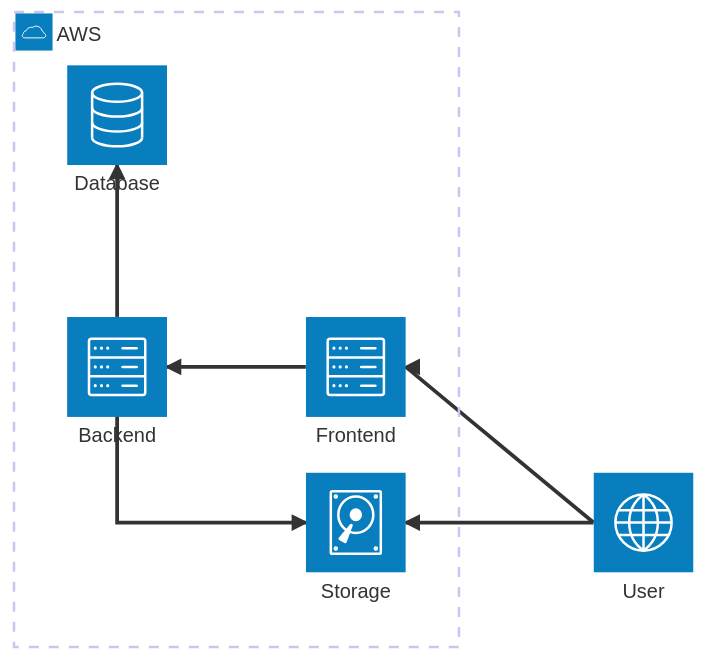
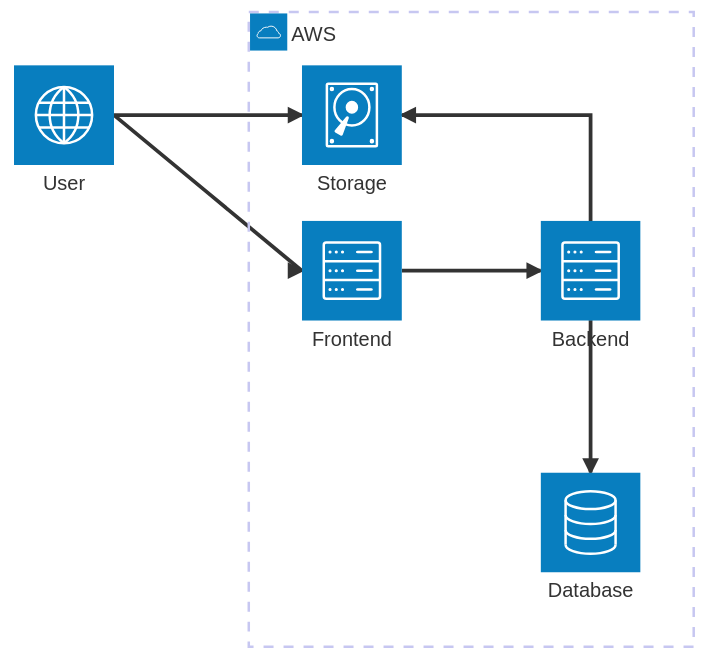
One commit to danielwohlgemuth/free-genai-bootcamp-2025 changed the diagram in aws/proof-of-concept/mermaid-architecture.md. Above: the diagram before and after it, drawn with Mermaid.

Commit message:
Fix mermaid layout

````diff
--- a/aws/proof-of-concept/mermaid-architecture.md
+++ b/aws/proof-of-concept/mermaid-architecture.md
@@ -2,16 +2,16 @@
 ```mermaid
 architecture-beta
     group aws(cloud)[AWS]
 
     service web(internet)[User]
     service frontend(server)[Frontend] in aws
     service backend(server)[Backend] in aws
     service database(database)[Database] in aws
     service storage(disk)[Storage] in aws
 
-    web:L --> R:frontend
-    frontend:L --> R:backend
-    backend:T --> B:database
-    backend:T --> L:storage
-    web:L --> R:storage
+    web:R --> L:frontend
+    frontend:R --> L:backend
+    backend:B --> T:database
+    backend:B --> R:storage
+    web:R --> L:storage
 ```
````
